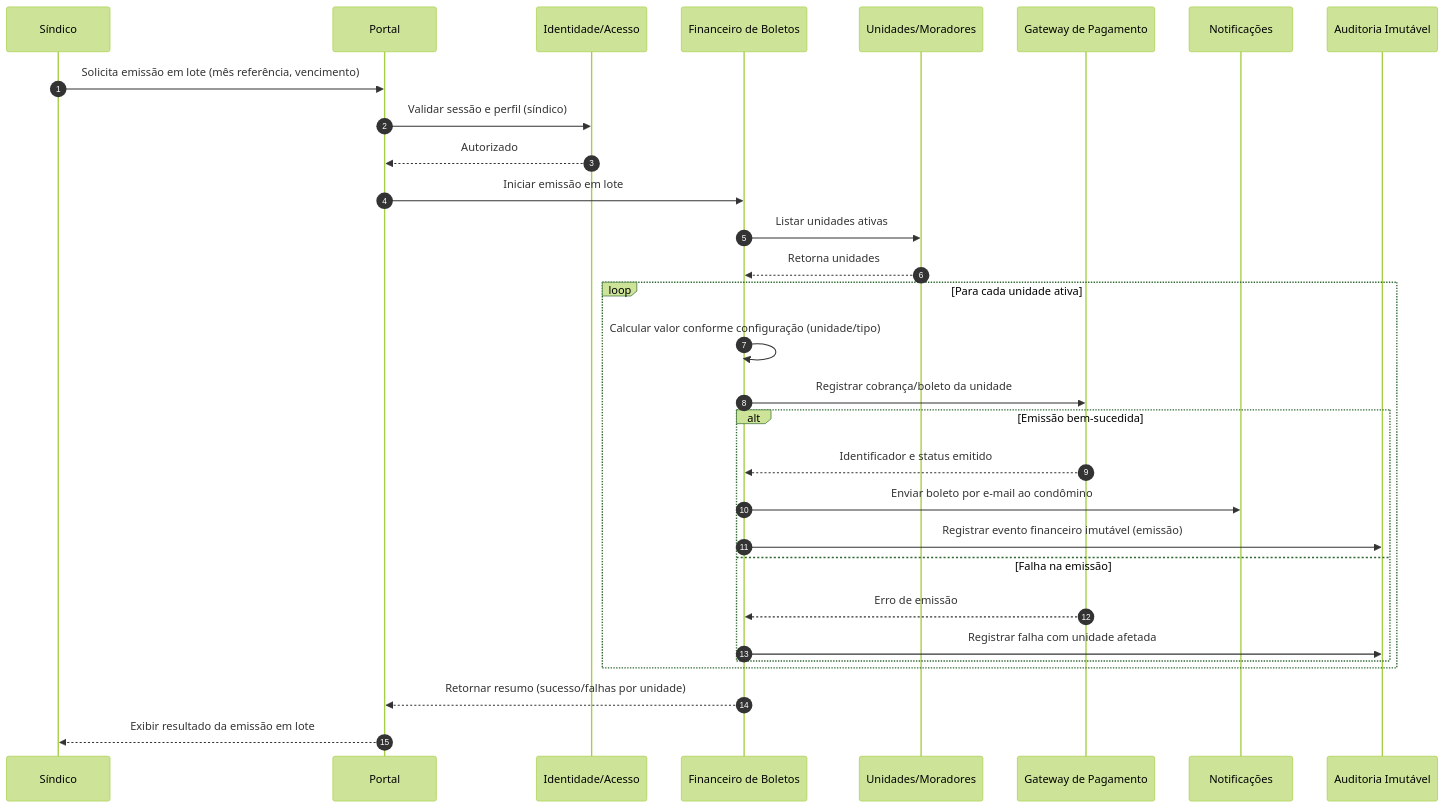
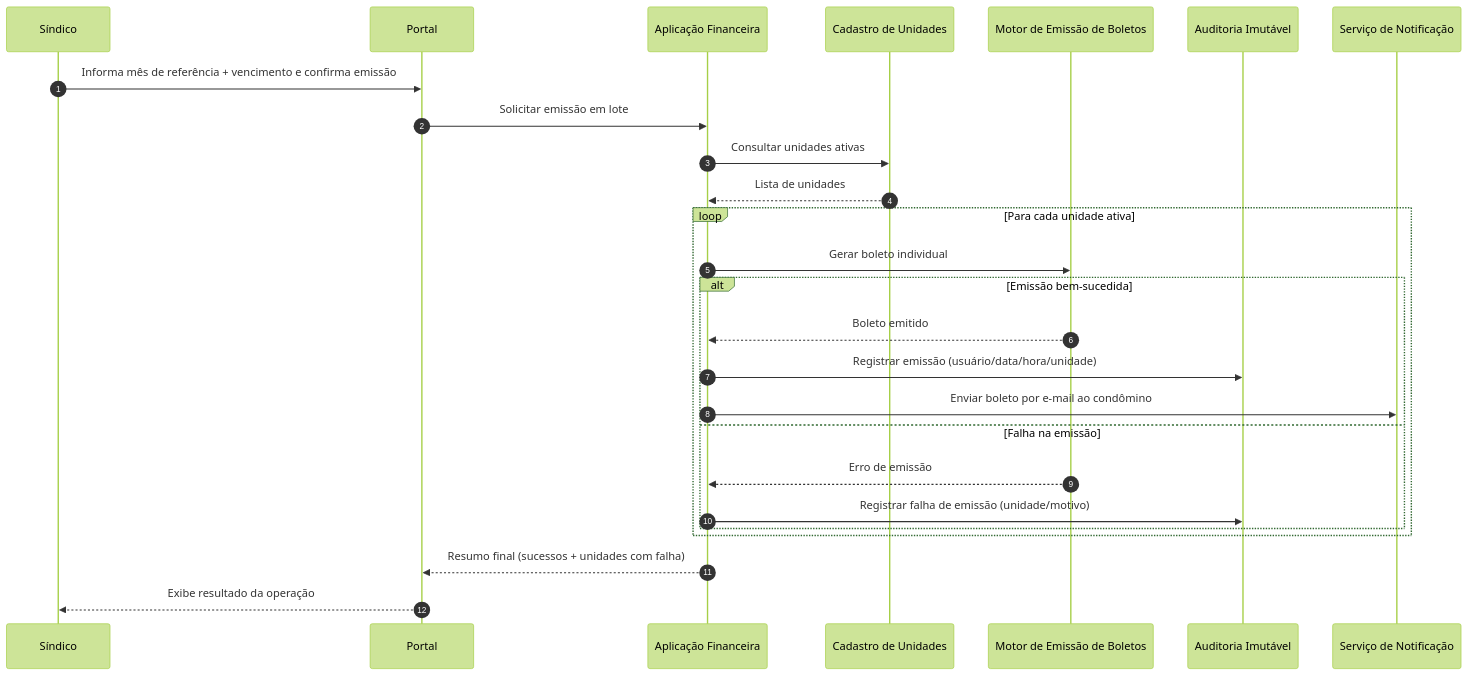
The second of 3 diagrams in docs/Time_2_Design/analise-qualitativa/outputs/relatorio_gpt_5_3_codex_M04.md (PDC-ESIA/AI4ES), drawn with Mermaid (forest theme) before and after one commit. The commit also changed other lines of this file and 93 other files, not shown here.

````diff
--- a/docs/Time_2_Design/analise-qualitativa/outputs/relatorio_gpt_5_3_codex_M04.md
+++ b/docs/Time_2_Design/analise-qualitativa/outputs/relatorio_gpt_5_3_codex_M04.md
@@ -68,35 +110,31 @@
 ```mermaid
 sequenceDiagram
     autonumber
     participant S as Síndico
     participant UI as Portal
-    participant IAM as Identidade/Acesso
-    participant FIN as Financeiro de Boletos
-    participant UC as Unidades/Moradores
-    participant PGW as Gateway de Pagamento
-    participant NOTIF as Notificações
+    participant APP as Aplicação Financeira
+    participant CAD as Cadastro de Unidades
+    participant BOL as Motor de Emissão de Boletos
     participant AUD as Auditoria Imutável
+    participant NOTI as Serviço de Notificação
 
-    S->>UI: Solicita emissão em lote (mês referência, vencimento)
-    UI->>IAM: Validar sessão e perfil (síndico)
-    IAM-->>UI: Autorizado
-    UI->>FIN: Iniciar emissão em lote
-    FIN->>UC: Listar unidades ativas
-    UC-->>FIN: Retorna unidades
+    S->>UI: Informa mês de referência + vencimento e confirma emissão
+    UI->>APP: Solicitar emissão em lote
+    APP->>CAD: Consultar unidades ativas
+    CAD-->>APP: Lista de unidades
 
     loop Para cada unidade ativa
-        FIN->>FIN: Calcular valor conforme configuração (unidade/tipo)
-        FIN->>PGW: Registrar cobrança/boleto da unidade
+        APP->>BOL: Gerar boleto individual
         alt Emissão bem-sucedida
-            PGW-->>FIN: Identificador e status emitido
-            FIN->>NOTIF: Enviar boleto por e-mail ao condômino
-            FIN->>AUD: Registrar evento financeiro imutável (emissão)
+            BOL-->>APP: Boleto emitido
+            APP->>AUD: Registrar emissão (usuário/data/hora/unidade)
+            APP->>NOTI: Enviar boleto por e-mail ao condômino
         else Falha na emissão
-            PGW-->>FIN: Erro de emissão
-            FIN->>AUD: Registrar falha com unidade afetada
+            BOL-->>APP: Erro de emissão
+            APP->>AUD: Registrar falha de emissão (unidade/motivo)
         end
     end
 
-    FIN-->>UI: Retornar resumo (sucesso/falhas por unidade)
-    UI-->>S: Exibir resultado da emissão em lote
+    APP-->>UI: Resumo final (sucessos + unidades com falha)
+    UI-->>S: Exibe resultado da operação
 ```
````
